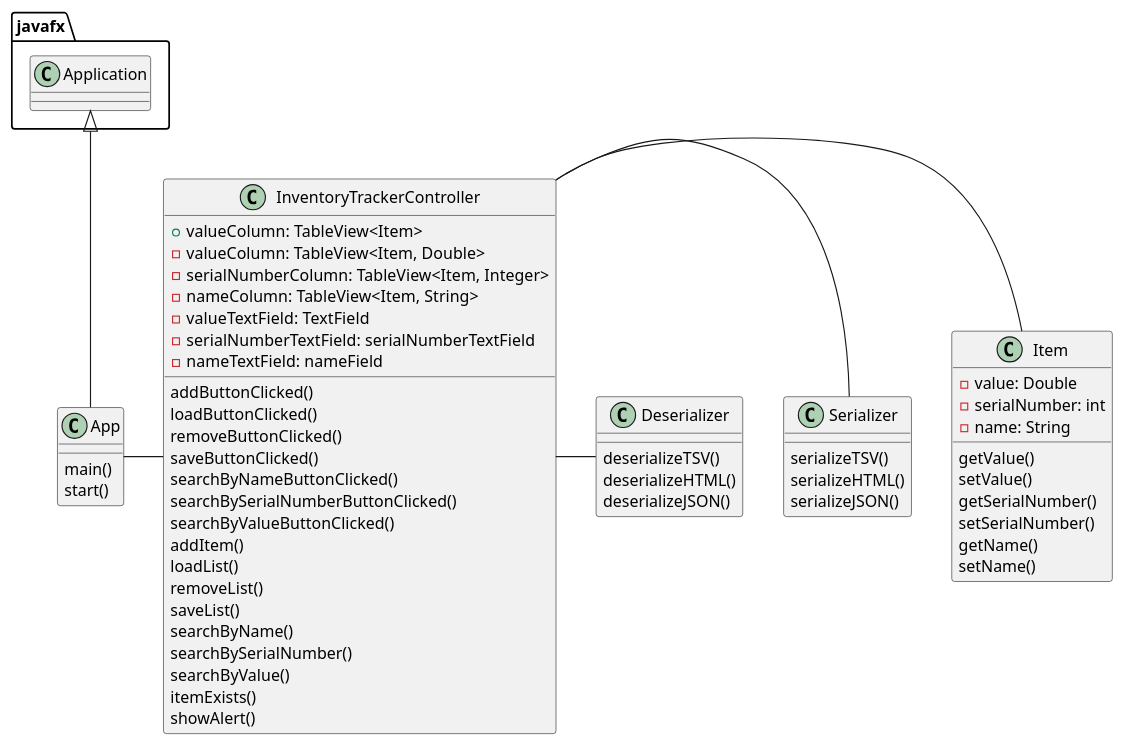
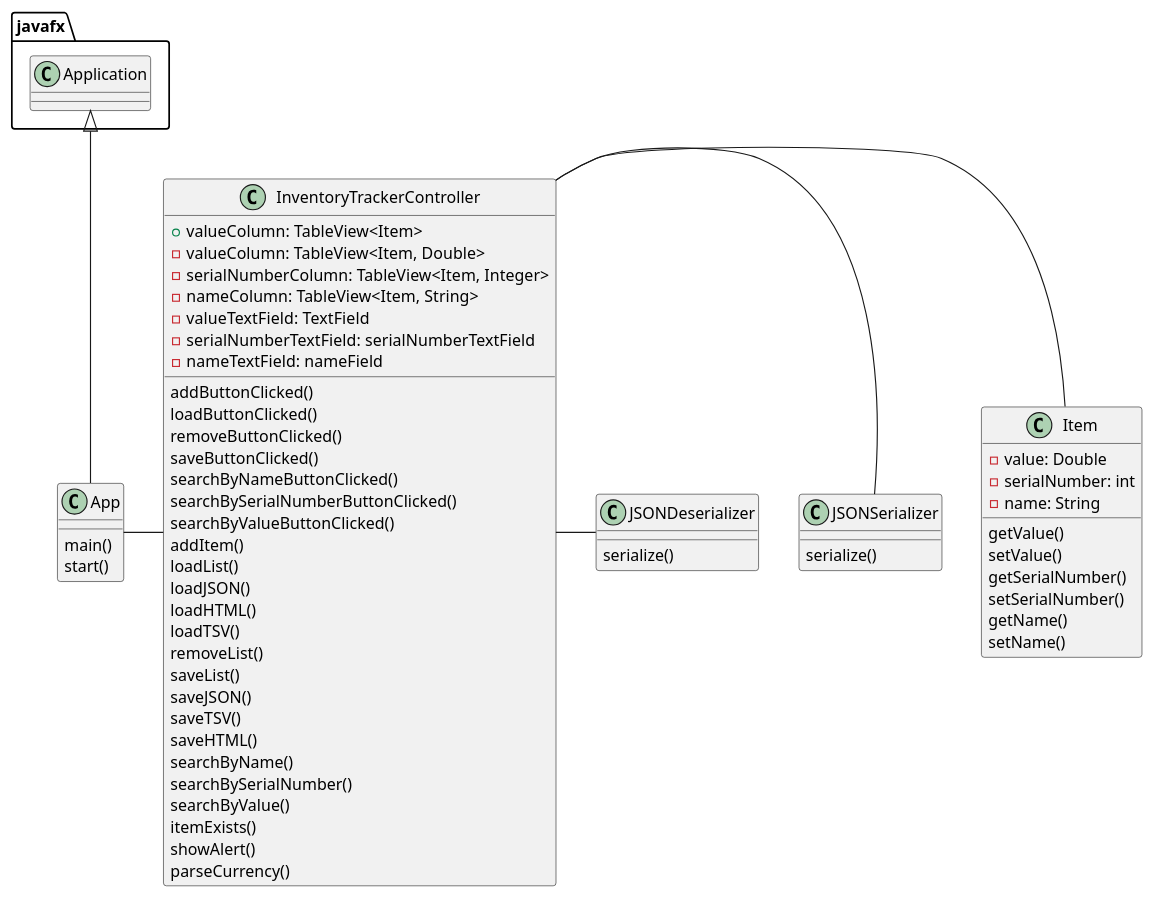
The diagram in uml/App.puml (AbdelNabut/nabut-6127-a5), drawn with PlantUML before and after one commit. The commit also changed 21 other files, not shown here.

```diff
--- a/uml/App.puml
+++ b/uml/App.puml
@@ -1,67 +1,70 @@
 @startuml
 
 class App {
     main()
     start()
 }
 
 class InventoryTrackerController {
 + valueColumn: TableView<Item>
 - valueColumn: TableView<Item, Double>
 - serialNumberColumn: TableView<Item, Integer>
 - nameColumn: TableView<Item, String>
 - valueTextField: TextField
 - serialNumberTextField: serialNumberTextField
 - nameTextField: nameField
 addButtonClicked()
 loadButtonClicked()
 removeButtonClicked()
 saveButtonClicked()
 searchByNameButtonClicked()
 searchBySerialNumberButtonClicked()
 searchByValueButtonClicked()
 addItem()
 loadList()
+loadJSON()
+loadHTML()
+loadTSV()
 removeList()
 saveList()
+saveJSON()
+saveTSV()
+saveHTML()
 searchByName()
 searchBySerialNumber()
 searchByValue()
 itemExists()
 showAlert()
+parseCurrency()
 }
 
 class Item {
 - value: Double
 - serialNumber: int
 - name: String
 getValue()
 setValue()
 getSerialNumber()
 setSerialNumber()
 getName()
 setName()
 }
 
-class Serializer {
-serializeTSV()
-serializeHTML()
-serializeJSON()
+class JSONSerializer {
+serialize()
 
 }
 
-class Deserializer {
-deserializeTSV()
-deserializeHTML()
-deserializeJSON()
+class JSONDeserializer {
+serialize()
 }
 
 javafx.Application <|-- App
 
 App - InventoryTrackerController
 
 InventoryTrackerController - Item
-InventoryTrackerController - Serializer
-InventoryTrackerController - Deserializer
+InventoryTrackerController - JSONSerializer
+InventoryTrackerController - JSONDeserializer
 
 @enduml
```
